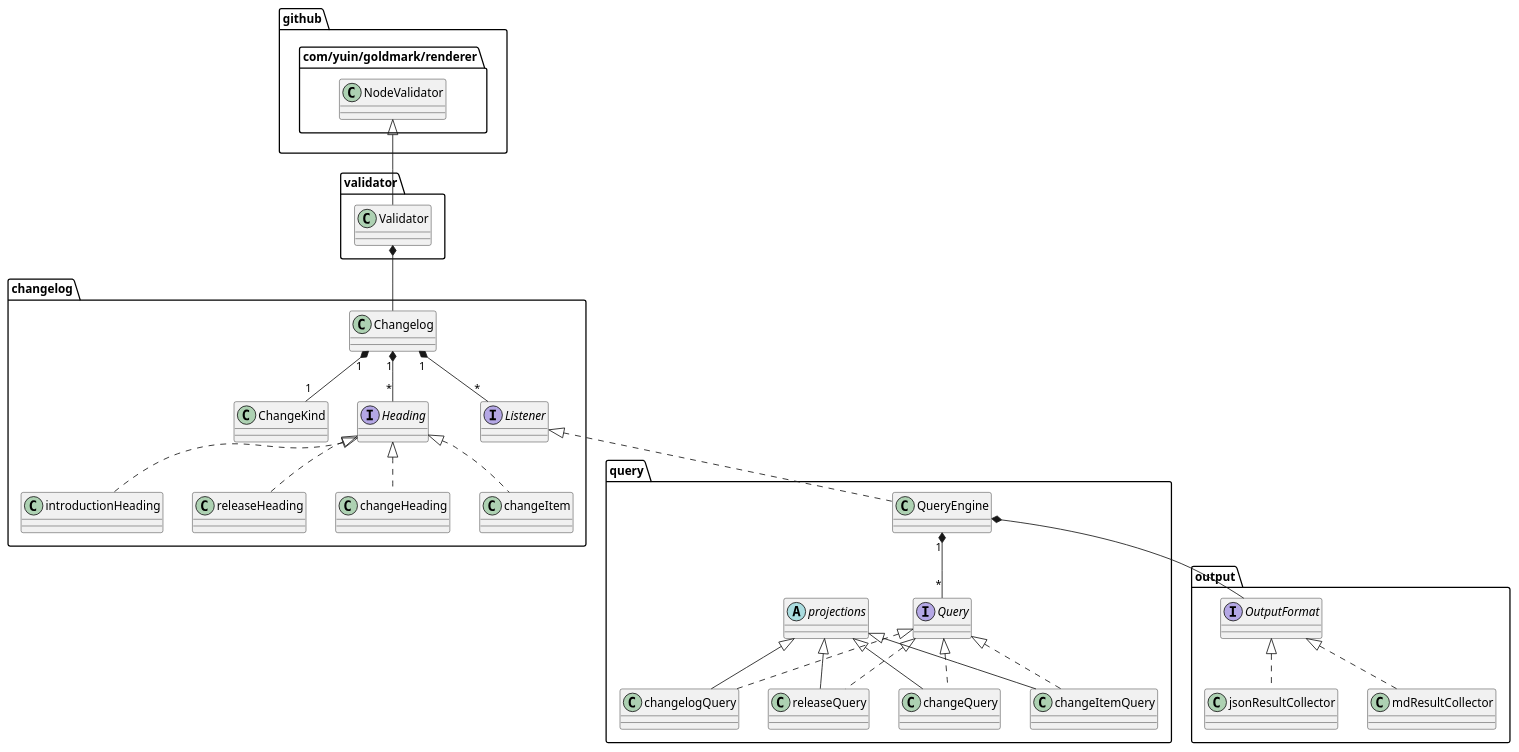
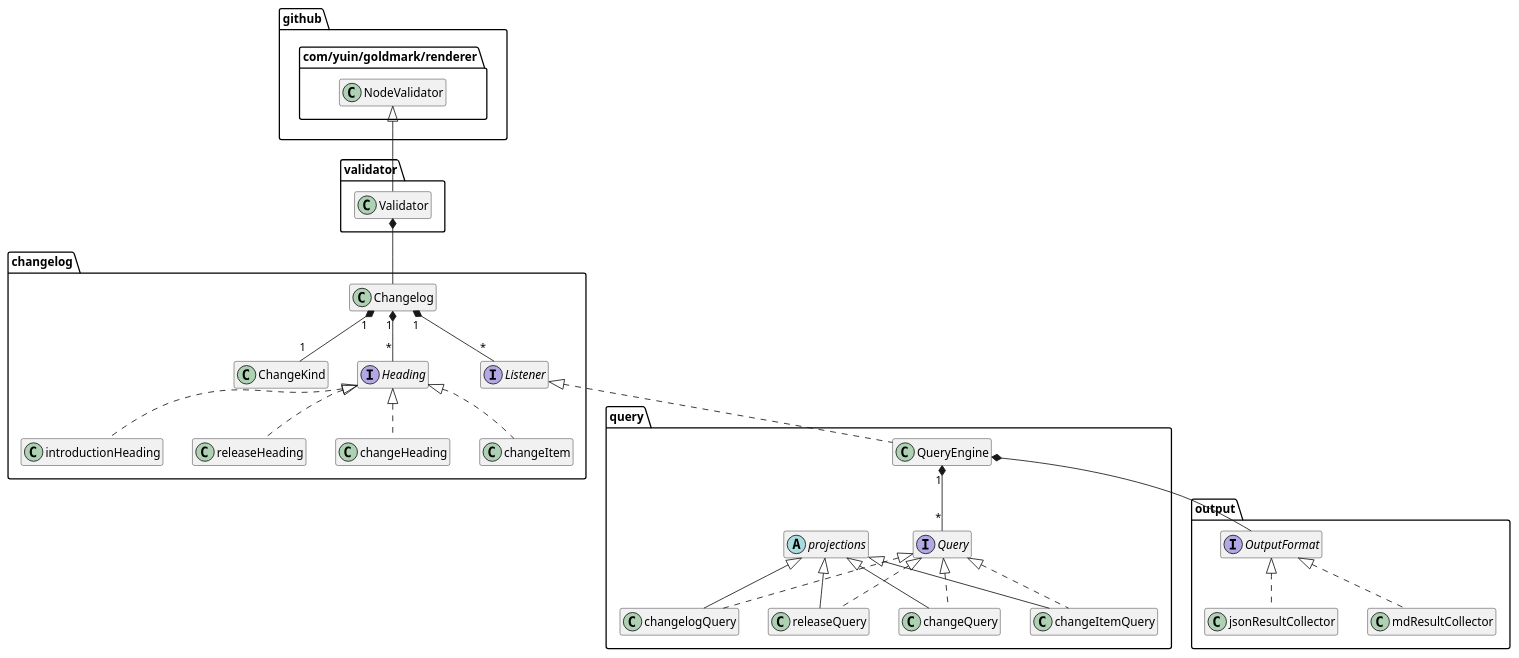
One commit to denisa/clq changed the diagram in docs/class_diagram.puml. Above: the diagram before and after it, drawn with PlantUML. The commit also changed 30 other files, not shown here.

```diff
--- a/docs/class_diagram.puml
+++ b/docs/class_diagram.puml
@@ -1,29 +1,36 @@
 @startuml
+' https://plantuml.com/class-diagram
+hide empty members
+
 "github.com/yuin/goldmark/renderer.NodeValidator" <|-- validator.Validator
+
 validator.Validator *-- changelog.Changelog
+
 changelog.Changelog "1" *-- "1" changelog.ChangeKind
 changelog.Changelog "1" *-- "*" changelog.Heading
 changelog.Changelog "1" *-- "*" changelog.Listener
 changelog.Heading <|.. changelog.changeHeading
 changelog.Heading <|.. changelog.changeItem
 changelog.Heading <|.. changelog.introductionHeading
 changelog.Heading <|.. changelog.releaseHeading
 changelog.Listener <|.. query.QueryEngine
 interface changelog.Heading
 interface changelog.Listener
+
 query.QueryEngine *-- output.OutputFormat
 query.QueryEngine "1" *-- "*" query.Query
 query.Query <|.. query.changelogQuery
 query.Query <|.. query.releaseQuery
 query.Query <|.. query.changeQuery
 query.Query <|.. query.changeItemQuery
 query.projections <|-- query.changelogQuery
 query.projections <|-- query.releaseQuery
 query.projections <|-- query.changeQuery
 query.projections <|-- query.changeItemQuery
 abstract query.projections
 interface query.Query
+
 output.OutputFormat <|.. output.jsonResultCollector
 output.OutputFormat <|.. output.mdResultCollector
 interface output.OutputFormat
 @enduml
```
